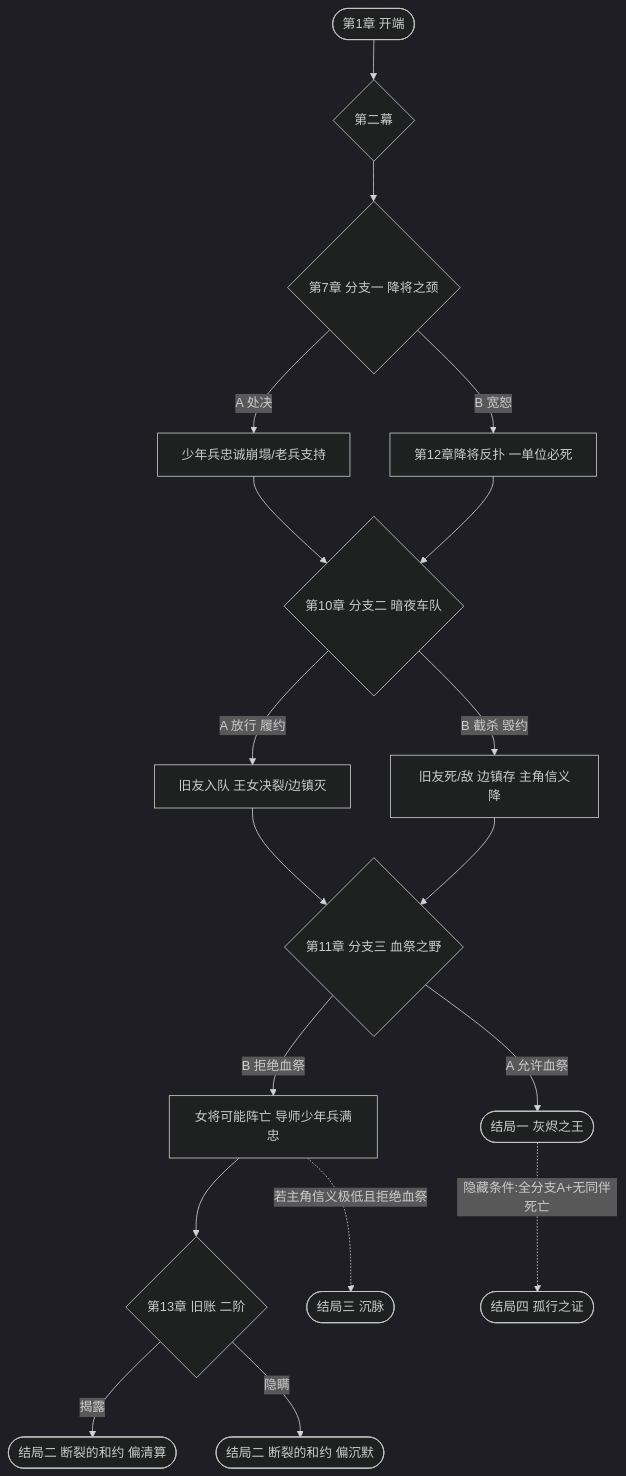
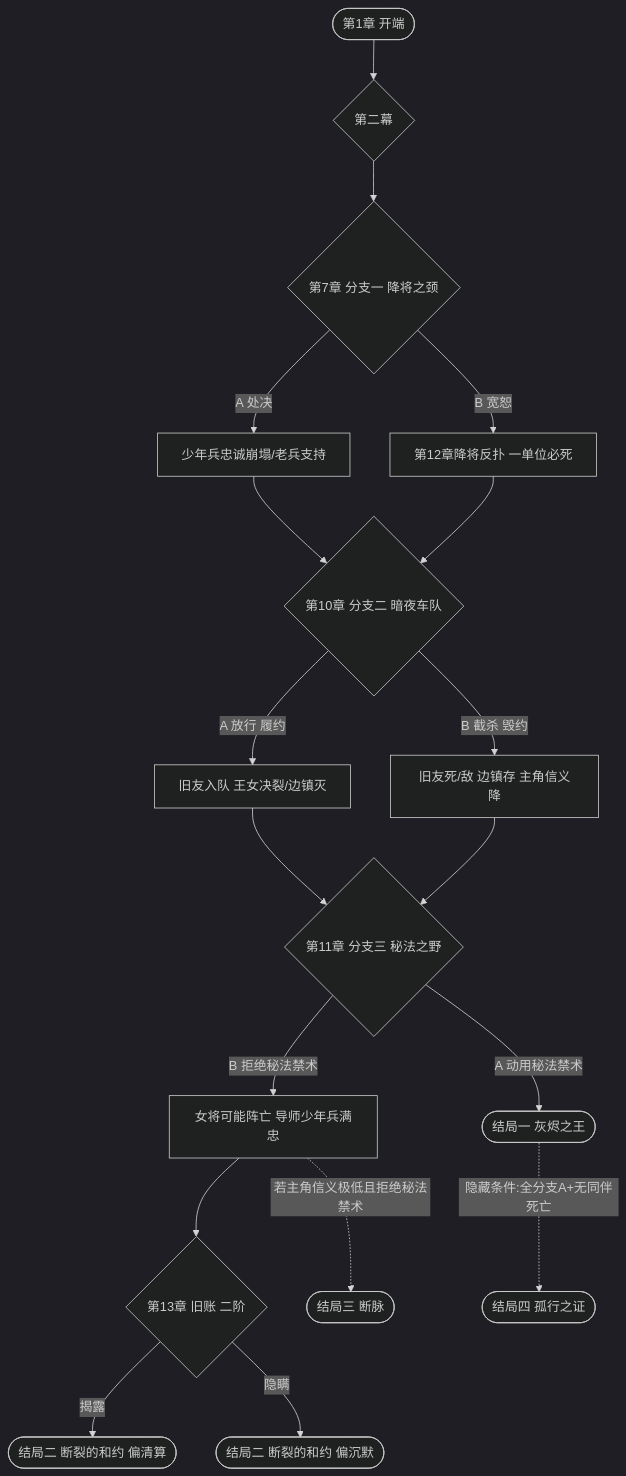
The diagram in story/05_story_branches.md (hunmer/pixel_world), drawn with Mermaid (dark theme) before and after one commit. The commit also changed other lines of this file and 13 other files, not shown here.

````diff
--- a/story/05_story_branches.md
+++ b/story/05_story_branches.md
@@ -141,26 +149,26 @@
 ```mermaid
 flowchart TD
     Start([第1章 开端]) --> Act2{第二幕}
     Act2 --> B1{第7章 分支一 降将之颈}
     B1 -->|A 处决| B1A[少年兵忠诚崩塌/老兵支持]
     B1 -->|B 宽恕| B1B[第12章降将反扑 一单位必死]
 
     B1A --> B2{第10章 分支二 暗夜车队}
     B1B --> B2
 
     B2 -->|A 放行 履约| B2A[旧友入队 王女决裂/边镇灭]
     B2 -->|B 截杀 毁约| B2B[旧友死/敌 边镇存 主角信义降]
 
-    B2A --> B3{第11章 分支三 血祭之野}
+    B2A --> B3{第11章 分支三 秘法之野}
     B2B --> B3
 
-    B3 -->|A 允许血祭| END1([结局一 灰烬之王])
-    B3 -->|B 拒绝血祭| B3B[女将可能阵亡 导师少年兵满忠]
+    B3 -->|A 动用秘法禁术| END1([结局一 灰烬之王])
+    B3 -->|B 拒绝秘法禁术| B3B[女将可能阵亡 导师少年兵满忠]
 
     B3B --> B4{第13章 旧账 二阶}
     B4 -->|揭露| END2A([结局二 断裂的和约 偏清算])
     B4 -->|隐瞒| END2B([结局二 断裂的和约 偏沉默])
-    B3B -.若主角信义极低且拒绝血祭.-> END3([结局三 沉脉])
+    B3B -.若主角信义极低且拒绝秘法禁术.-> END3([结局三 断脉])
 
     END1 -.隐藏条件:全分支A+无同伴死亡.-> END4([结局四 孤行之证])
 ```
````
